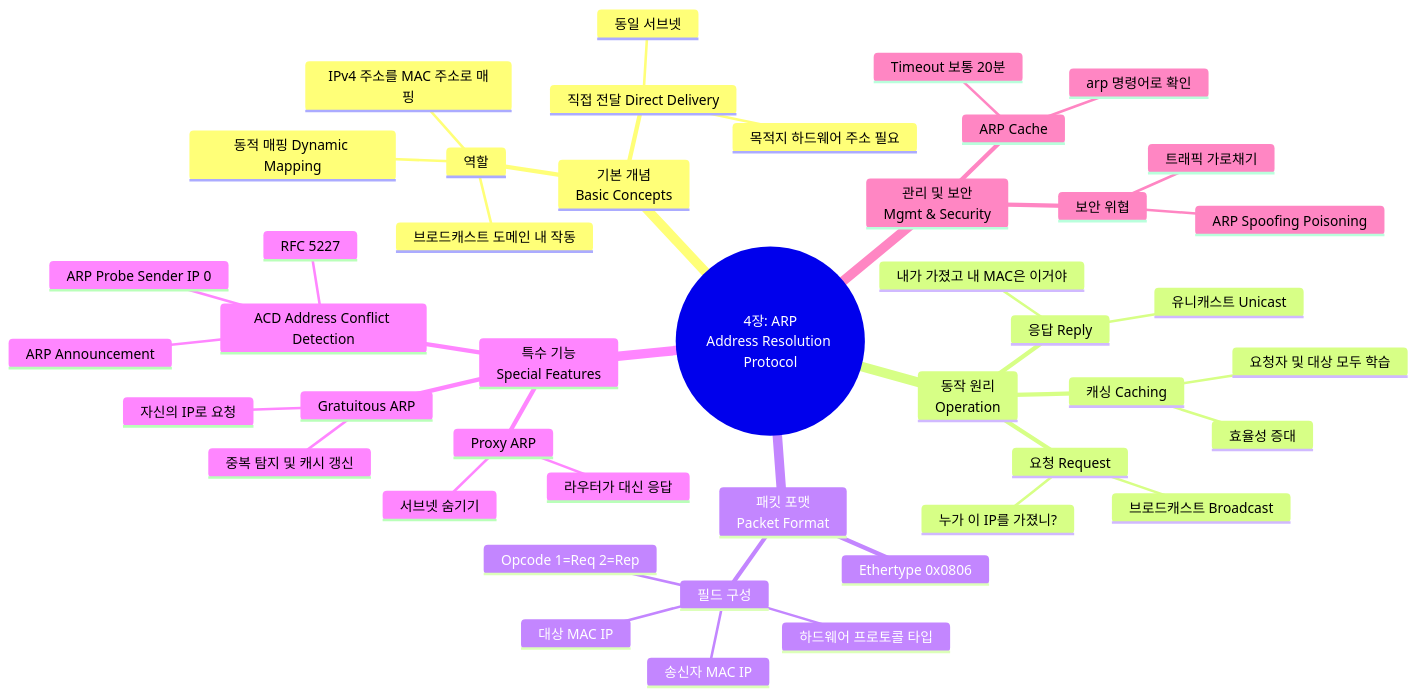
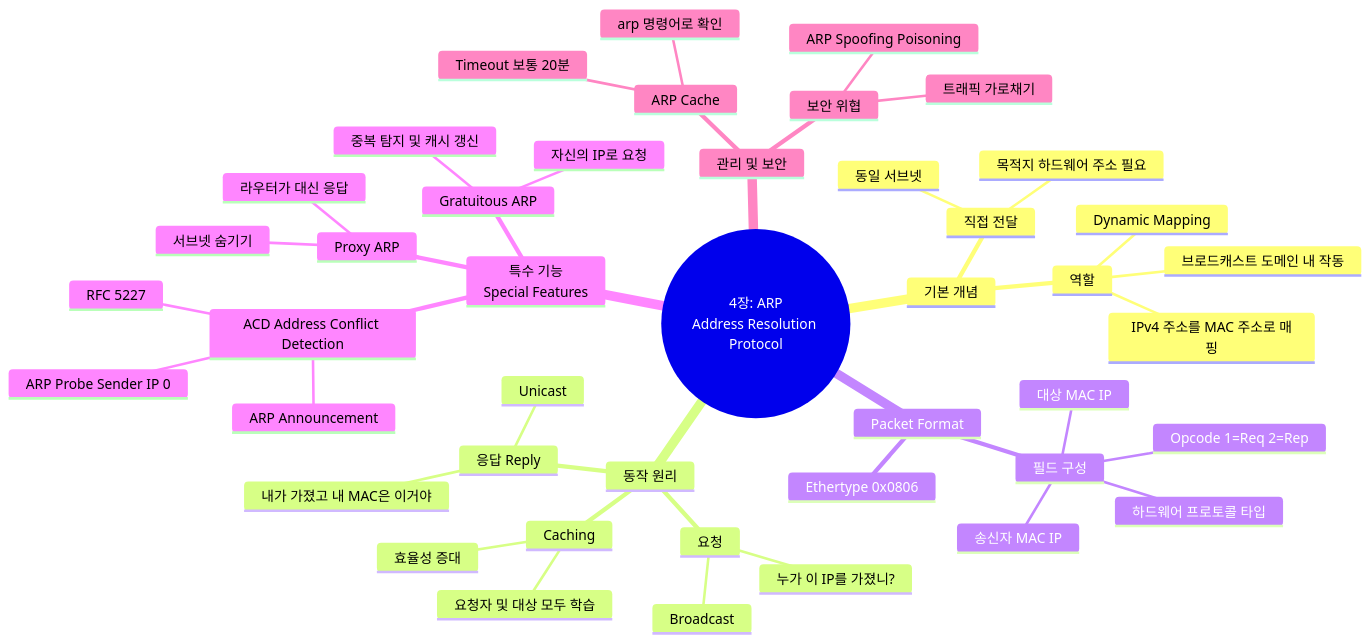
The diagram in 01_inbox/books/tcp_ip_illustrated_1/chapter4.md (youngmin-gwon/what-i-studied), drawn with Mermaid before and after one commit. The commit also changed other lines of this file and 3 other files, not shown here.

````diff
--- a/01_inbox/books/tcp_ip_illustrated_1/chapter4.md
+++ b/01_inbox/books/tcp_ip_illustrated_1/chapter4.md
@@ -15,47 +15,47 @@
 ```mermaid
 mindmap
   root((4장: ARP<br>Address Resolution Protocol))
-    기본 개념<br>Basic Concepts
+    기본 개념
       역할
         IPv4 주소를 MAC 주소로 매핑
-        동적 매핑 Dynamic Mapping
+        Dynamic Mapping
         브로드캐스트 도메인 내 작동
-      직접 전달 Direct Delivery
+      직접 전달
         동일 서브넷
         목적지 하드웨어 주소 필요
-    동작 원리<br>Operation
-      요청 Request
-        브로드캐스트 Broadcast
+    동작 원리
+      요청
+        Broadcast
         누가 이 IP를 가졌니?
       응답 Reply
-        유니캐스트 Unicast
+        Unicast
         내가 가졌고 내 MAC은 이거야
-      캐싱 Caching
+      Caching
         효율성 증대
         요청자 및 대상 모두 학습
-    패킷 포맷<br>Packet Format
+    Packet Format
       Ethertype 0x0806
       필드 구성
         하드웨어 프로토콜 타입
         Opcode 1=Req 2=Rep
         송신자 MAC IP
         대상 MAC IP
     특수 기능<br>Special Features
       Proxy ARP
         라우터가 대신 응답
         서브넷 숨기기
       Gratuitous ARP
         자신의 IP로 요청
         중복 탐지 및 캐시 갱신
       ACD Address Conflict Detection
         RFC 5227
         ARP Probe Sender IP 0
         ARP Announcement
-    관리 및 보안<br>Mgmt & Security
+    관리 및 보안
       ARP Cache
         arp 명령어로 확인
         Timeout 보통 20분
       보안 위협
         ARP Spoofing Poisoning
         트래픽 가로채기
 ```
````
